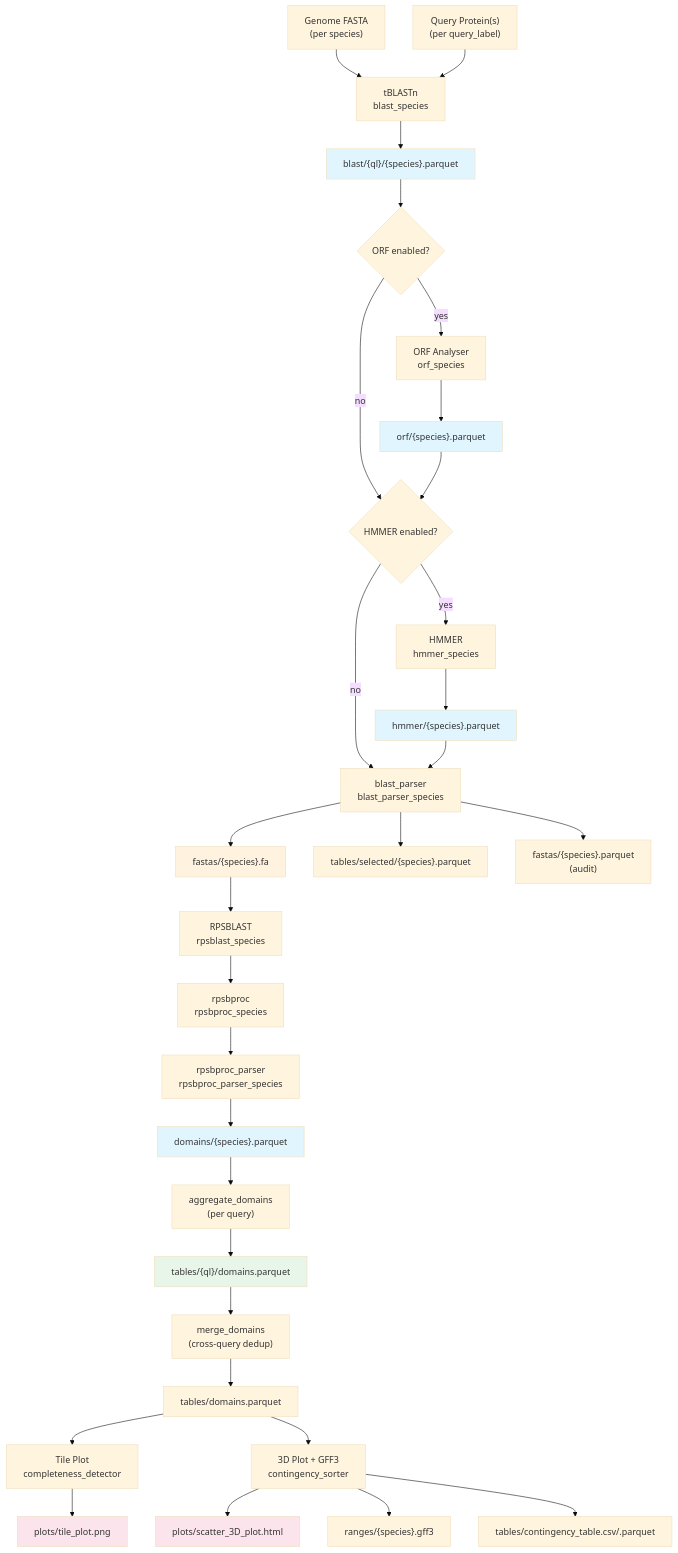
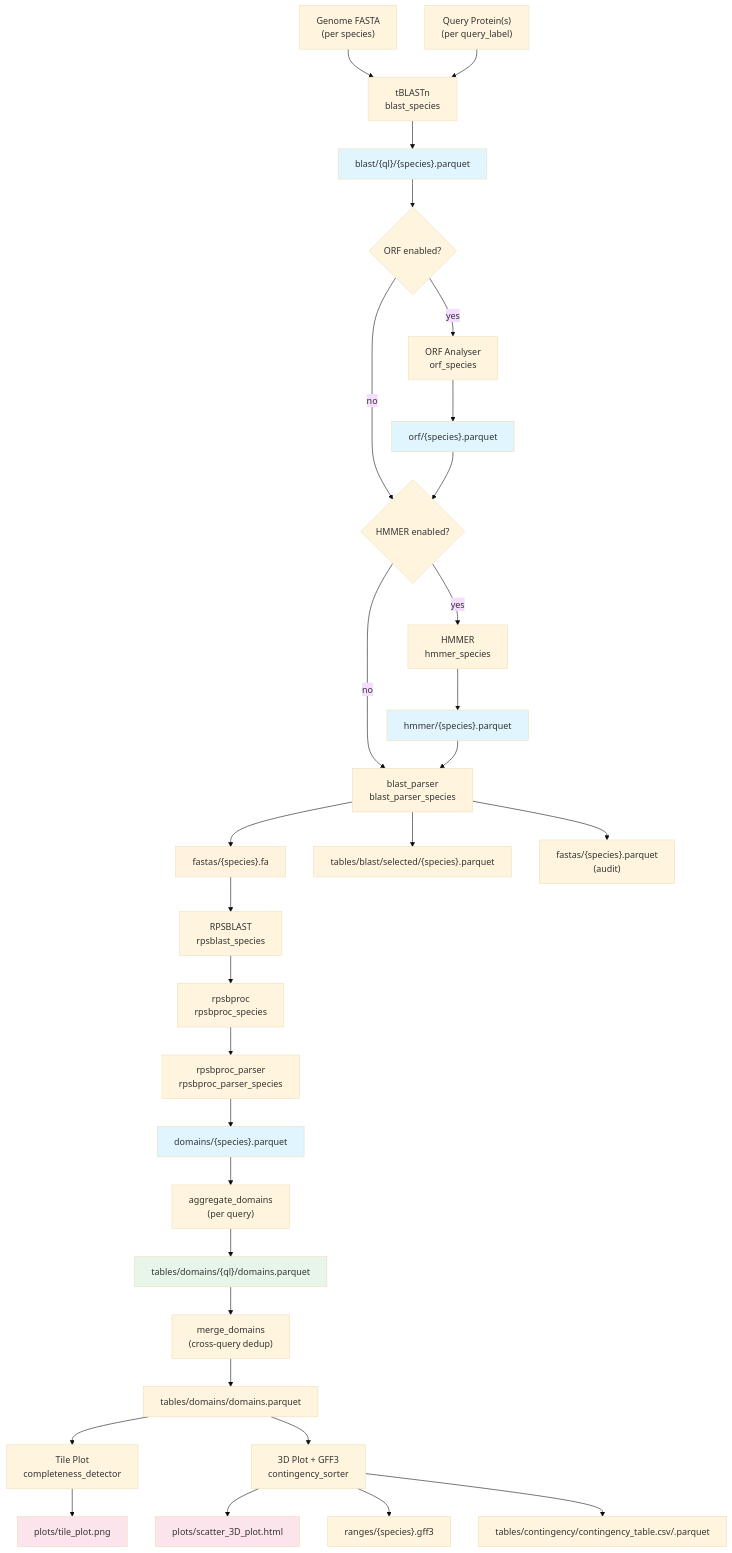
Before and after one commit to JorgeAndOmics/rpsHunter: the first of 3 diagrams in docs/architecture.md, drawn with Mermaid (base theme). The commit also changed other lines of this file and 7 other files, not shown here.

````diff
--- a/docs/architecture.md
+++ b/docs/architecture.md
@@ -16,41 +16,41 @@
 ```mermaid
 graph TD
     A["Genome FASTA<br/>(per species)"] --> B["tBLASTn<br/>blast_species"]
     Q["Query Protein(s)<br/>(per query_label)"] --> B
     B --> C["blast/{ql}/{species}.parquet"]
     C --> D{ORF enabled?}
     D -->|yes| E["ORF Analyser<br/>orf_species"]
     D -->|no| F{HMMER enabled?}
     E --> E2["orf/{species}.parquet"]
     E2 --> F
     F -->|yes| G["HMMER<br/>hmmer_species"]
     F -->|no| H["blast_parser<br/>blast_parser_species"]
     G --> G2["hmmer/{species}.parquet"]
     G2 --> H
     H --> I["fastas/{species}.fa"]
-    H --> I2["tables/selected/{species}.parquet"]
+    H --> I2["tables/blast/selected/{species}.parquet"]
     H --> I3["fastas/{species}.parquet<br/>(audit)"]
     I --> J["RPSBLAST<br/>rpsblast_species"]
     J --> K["rpsbproc<br/>rpsbproc_species"]
     K --> L["rpsbproc_parser<br/>rpsbproc_parser_species"]
     L --> M["domains/{species}.parquet"]
     M --> N["aggregate_domains<br/>(per query)"]
-    N --> O["tables/{ql}/domains.parquet"]
+    N --> O["tables/domains/{ql}/domains.parquet"]
     O --> MM["merge_domains<br/>(cross-query dedup)"]
-    MM --> MO["tables/domains.parquet"]
+    MM --> MO["tables/domains/domains.parquet"]
     MO --> P1["Tile Plot<br/>completeness_detector"]
     MO --> P2["3D Plot + GFF3<br/>contingency_sorter"]
     P1 --> R1["plots/tile_plot.png"]
     P2 --> R2["plots/scatter_3D_plot.html"]
     P2 --> R3["ranges/{species}.gff3"]
-    P2 --> R4["tables/contingency_table.csv/.parquet"]
+    P2 --> R4["tables/contingency/contingency_table.csv/.parquet"]
 
     style C fill:#e1f5fe
     style E2 fill:#e1f5fe
     style G2 fill:#e1f5fe
     style I fill:#fff3e0
     style M fill:#e1f5fe
     style O fill:#e8f5e9
     style R1 fill:#fce4ec
     style R2 fill:#fce4ec
 ```
````
